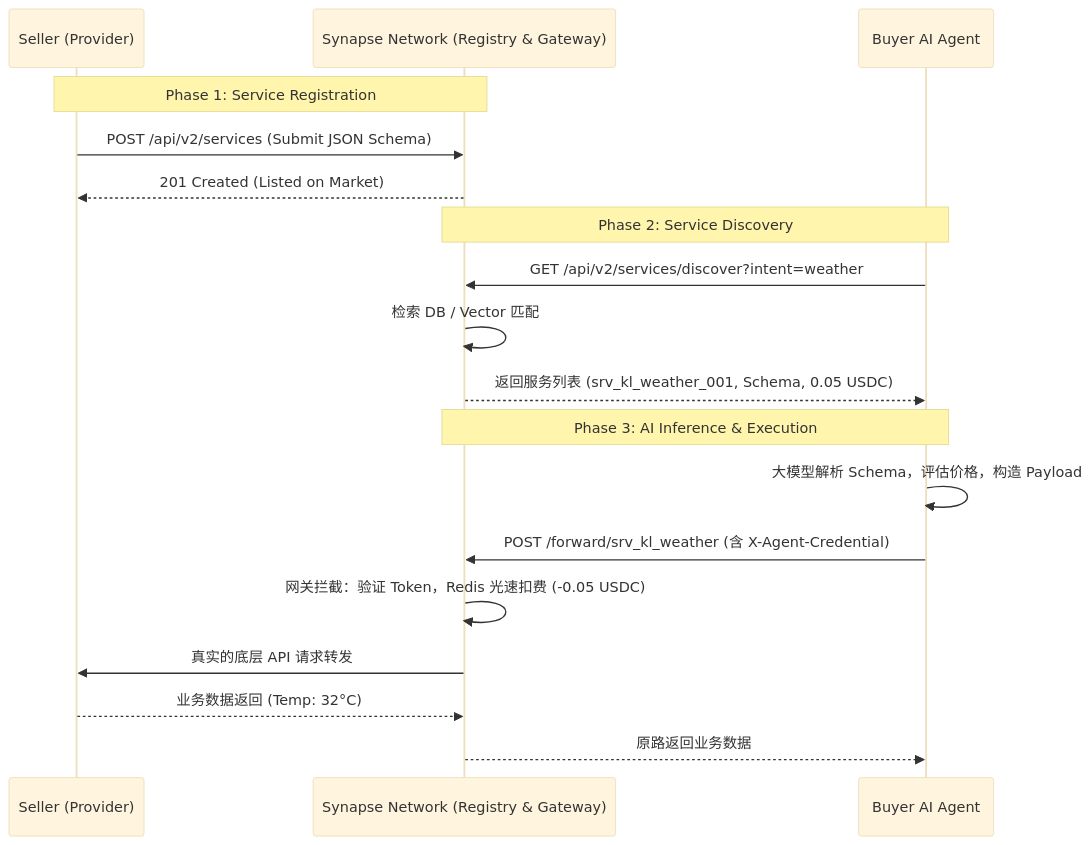
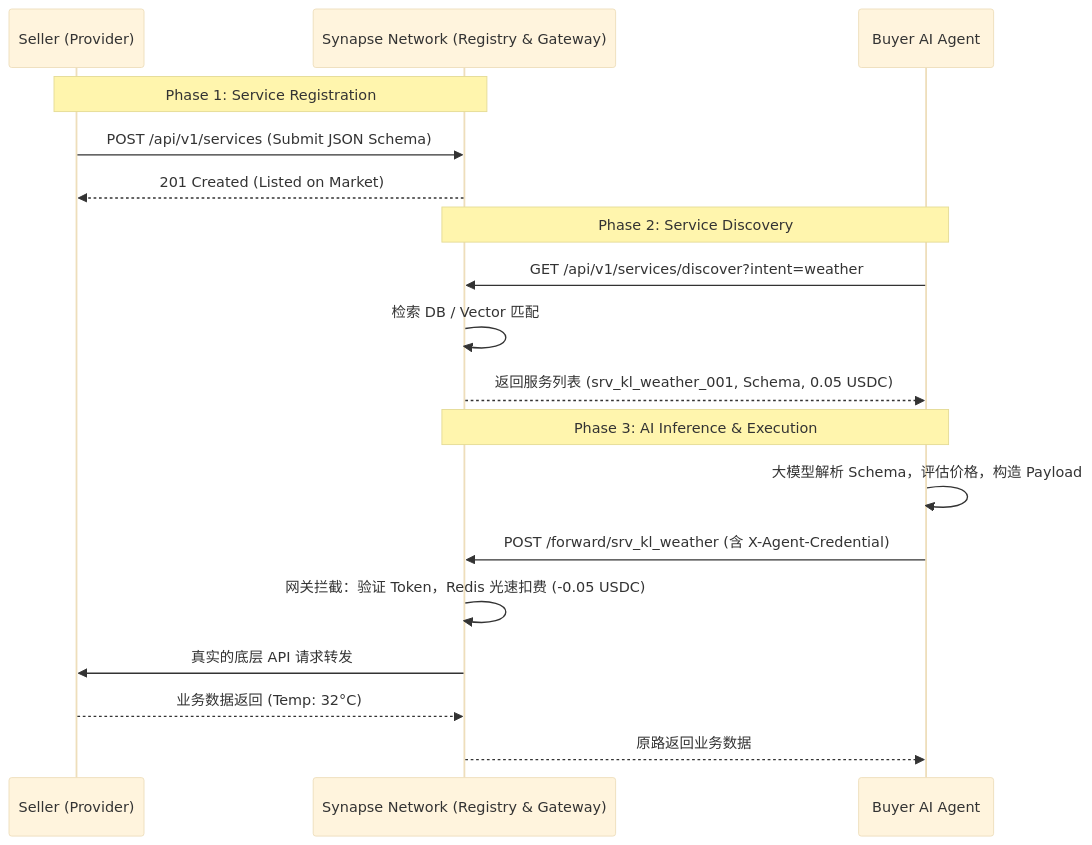
Before and after one commit to SynapseNetworkAI/Synapse-Network: the diagram in doc/04_Synapse_Network/AI_Service_Discovery.md, drawn with Mermaid (base theme). The commit also changed other lines of this file and 45 other files, not shown here.

````diff
--- a/doc/04_Synapse_Network/AI_Service_Discovery.md
+++ b/doc/04_Synapse_Network/AI_Service_Discovery.md
@@ -90,27 +90,27 @@
 ```mermaid
 sequenceDiagram
     participant S as Seller (Provider)
     participant AP as Synapse Network (Registry & Gateway)
     participant B as Buyer AI Agent
 
     %% 阶段1：挂单
     Note over S,AP: Phase 1: Service Registration
-    S->>AP: POST /api/v2/services (Submit JSON Schema)
+    S->>AP: POST /api/v1/services (Submit JSON Schema)
     AP-->>S: 201 Created (Listed on Market)
 
     %% 阶段2：发现
     Note over B,AP: Phase 2: Service Discovery
-    B->>AP: GET /api/v2/services/discover?intent=weather
+    B->>AP: GET /api/v1/services/discover?intent=weather
     AP->>AP: 检索 DB / Vector 匹配
     AP-->>B: 返回服务列表 (srv_kl_weather_001, Schema, 0.05 USDC)
 
     %% 阶段3：决策与交易
     Note over B,AP: Phase 3: AI Inference & Execution
     B->>B: 大模型解析 Schema，评估价格，构造 Payload
     B->>AP: POST /forward/srv_kl_weather (含 X-Agent-Credential)
     
     AP->>AP: 网关拦截：验证 Token，Redis 光速扣费 (-0.05 USDC)
     AP->>S: 真实的底层 API 请求转发
     S-->>AP: 业务数据返回 (Temp: 32°C)
     AP-->>B: 原路返回业务数据
 ```
````
